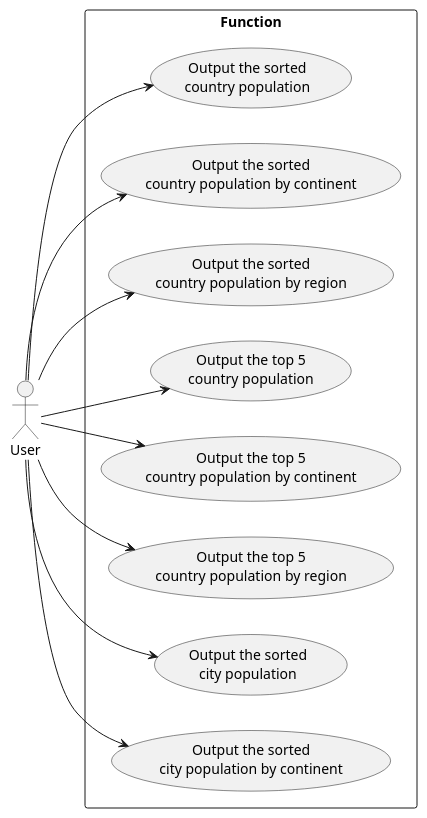
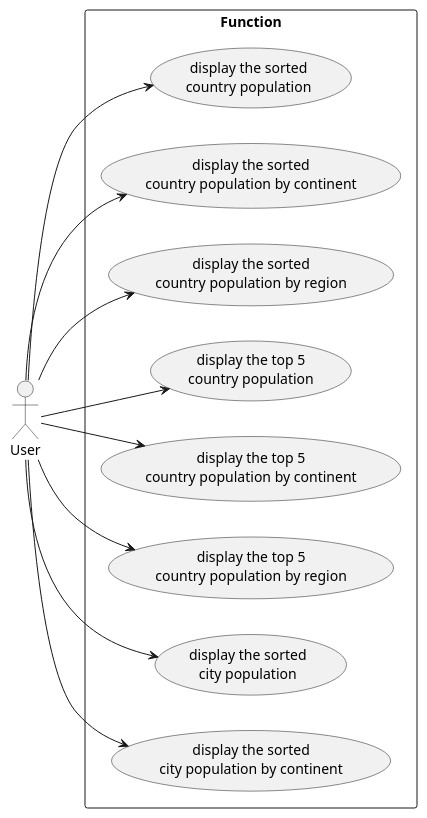
Before and after one commit to WintMyatAung/Group-8: the diagram in use_case/use_case(1-8).puml, drawn with PlantUML.

Commit message:
change the use_case file.

```diff
--- a/use_case/use_case(1-8).puml
+++ b/use_case/use_case(1-8).puml
@@ -1,39 +1,39 @@
 @startuml
 left to right direction
 actor User as "User"
 
 rectangle "Function" {
-    usecase UC1a as "Output the sorted
+    usecase UC1a as "display the sorted
     country population"
 
-    usecase UC2a as "Output the sorted
+    usecase UC2a as "display the sorted
     country population by continent"
 
-    usecase UC3a as "Output the sorted
+    usecase UC3a as "display the sorted
     country population by region"
 
-    usecase UC4a as "Output the top 5
+    usecase UC4a as "display the top 5
     country population"
 
-    usecase UC5a as "Output the top 5
+    usecase UC5a as "display the top 5
     country population by continent"
 
-    usecase UC6a as "Output the top 5
+    usecase UC6a as "display the top 5
     country population by region"
 
-    usecase UC7a as "Output the sorted
+    usecase UC7a as "display the sorted
     city population"
 
-    usecase UC8a as "Output the sorted
+    usecase UC8a as "display the sorted
     city population by continent"
 
     User --> UC1a
     User --> UC2a
     User --> UC3a
     User --> UC4a
     User --> UC5a
     User --> UC6a
     User --> UC7a
     User --> UC8a
 }
 @enduml
```
